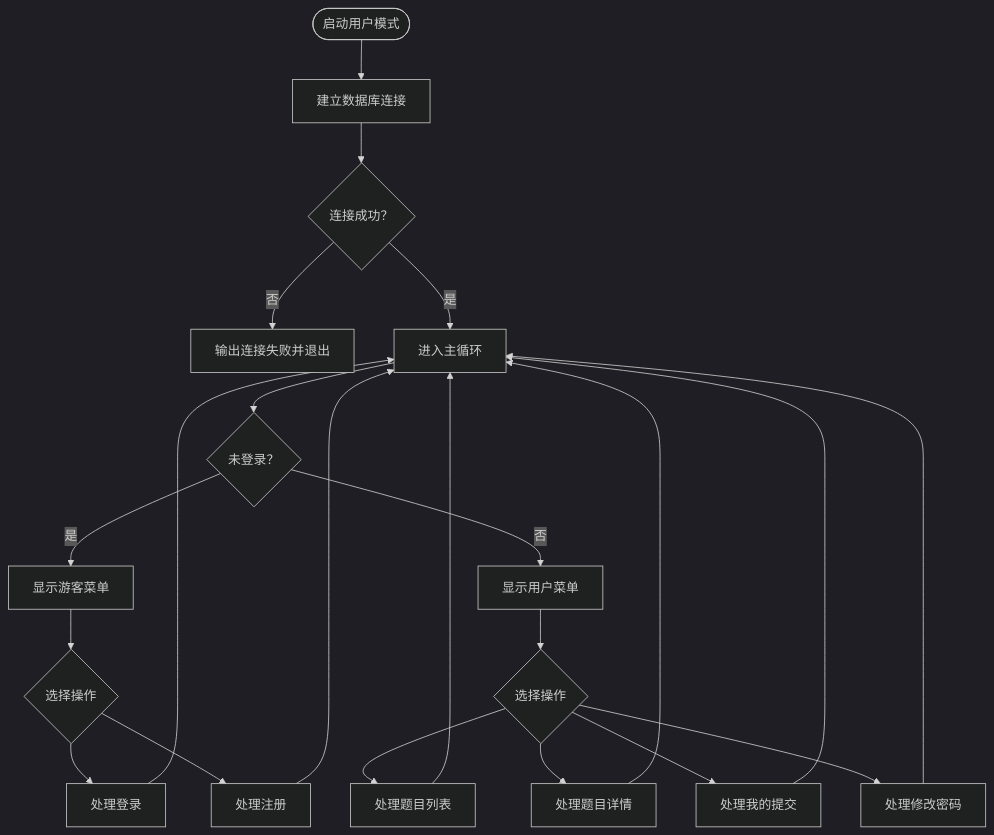
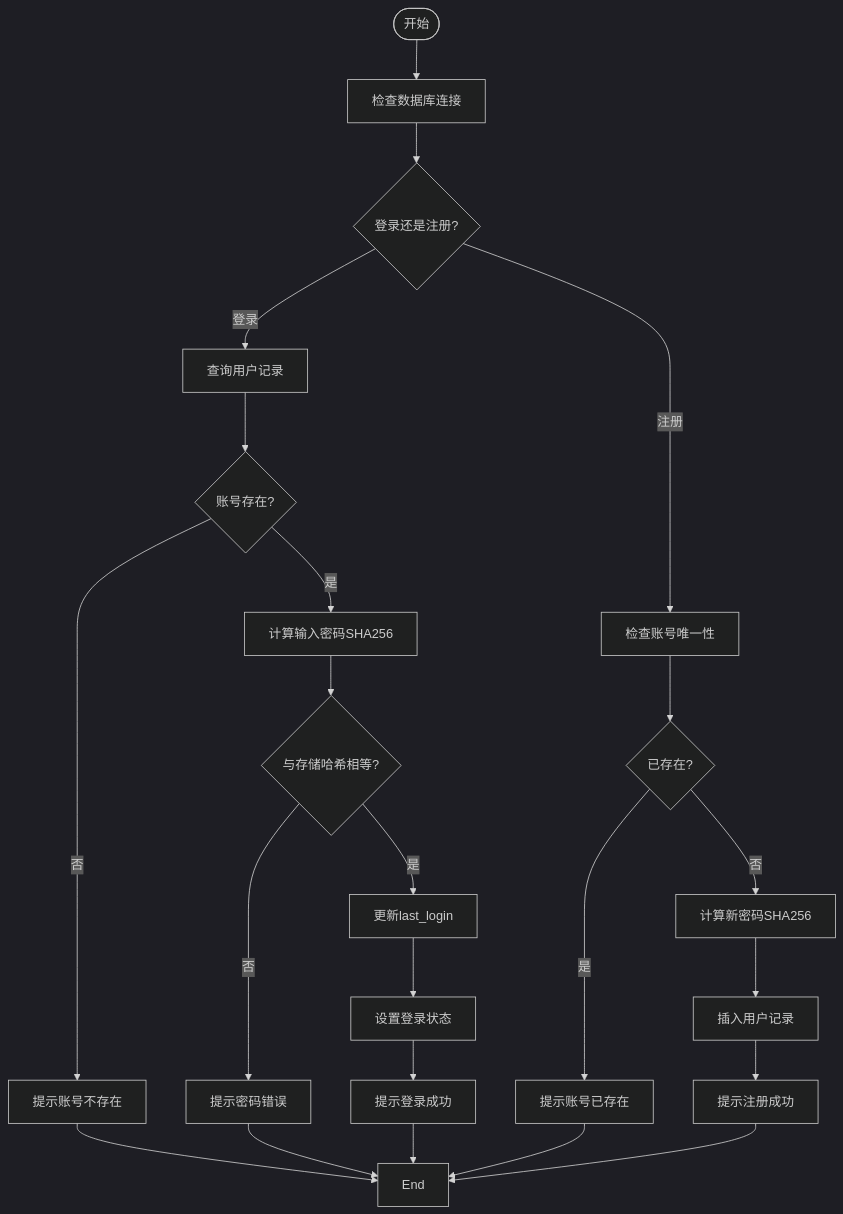
Before and after one commit to jinpeng900/OJ-Test: the fourth of 7 diagrams in .qoder/repowiki/zh/content/核心模块详解/用户模块.md, drawn with Mermaid (dark theme). The commit also changed other lines of this file and 147 other files, not shown here.

````diff
--- a/.qoder/repowiki/zh/content/核心模块详解/用户模块.md
+++ b/.qoder/repowiki/zh/content/核心模块详解/用户模块.md
@@ -203,24 +181,16 @@
 ```mermaid
 flowchart TD
-Start(["启动用户模式"]) --> Connect["建立数据库连接"]
-Connect --> Connected{"连接成功？"}
-Connected --> |否| Fail["输出连接失败并退出"]
-Connected --> |是| Loop["进入主循环"]
-Loop --> Guest{"未登录？"}
-Guest --> |是| GuestMenu["显示游客菜单"]
-Guest --> |否| UserMenu["显示用户菜单"]
-GuestMenu --> ChoiceGuest{"选择操作"}
-UserMenu --> ChoiceUser{"选择操作"}
-ChoiceGuest --> Login["处理登录"]
-ChoiceGuest --> Register["处理注册"]
-ChoiceUser --> List["处理题目列表"]
-ChoiceUser --> View["处理题目详情"]
-ChoiceUser --> Subs["处理我的提交"]
-ChoiceUser --> ChangePwd["处理修改密码"]
-Login --> Loop
-Register --> Loop
-List --> Loop
-View --> Loop
-Subs --> Loop
-ChangePwd --> Loop
+Start(["开始"]) --> CheckDB["检查数据库连接"]
+CheckDB --> LoginOrReg{"登录还是注册?"}
+LoginOrReg --> |登录| LoadUser["查询用户记录"]
+LoadUser --> Exists{"账号存在?"}
+Exists --> |否| ErrAcc["提示账号不存在"] --> End
+Exists --> |是| HashIn["计算输入密码SHA256"]
+HashIn --> Compare{"与存储哈希相等?"}
+Compare --> |否| ErrPwd["提示密码错误"] --> End
+Compare --> |是| UpdateLast["更新last_login"] --> SetLogin["设置登录状态"] --> Welcome["提示登录成功"] --> End
+LoginOrReg --> |注册| CheckDup["检查账号唯一性"]
+CheckDup --> Dup{"已存在?"}
+Dup --> |是| ErrDup["提示账号已存在"] --> End
+Dup --> |否| HashNew["计算新密码SHA256"] --> Insert["插入用户记录"] --> RegOK["提示注册成功"] --> End
 ```
````
